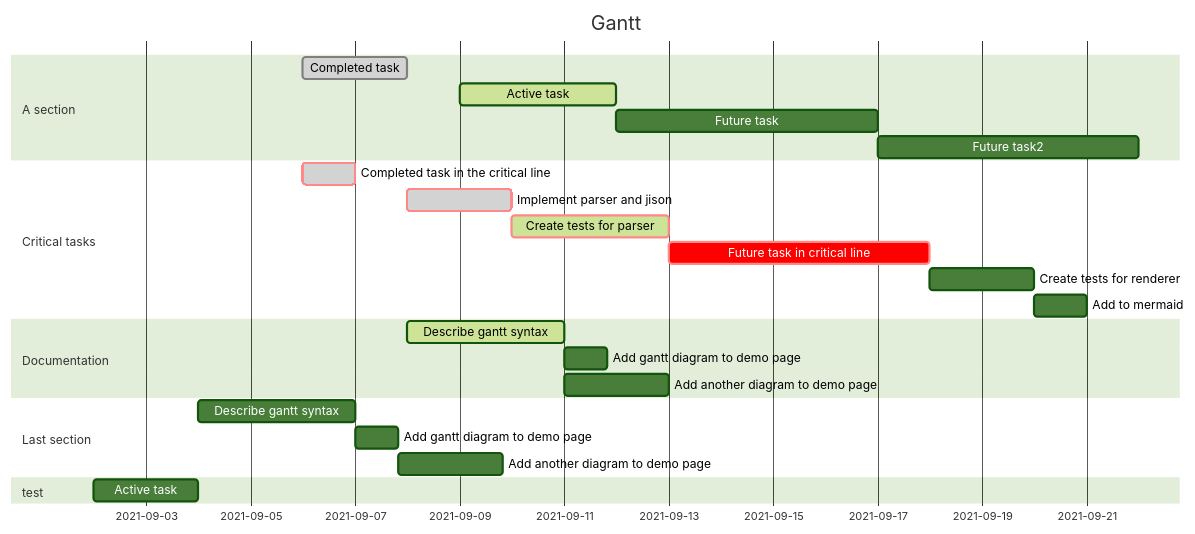
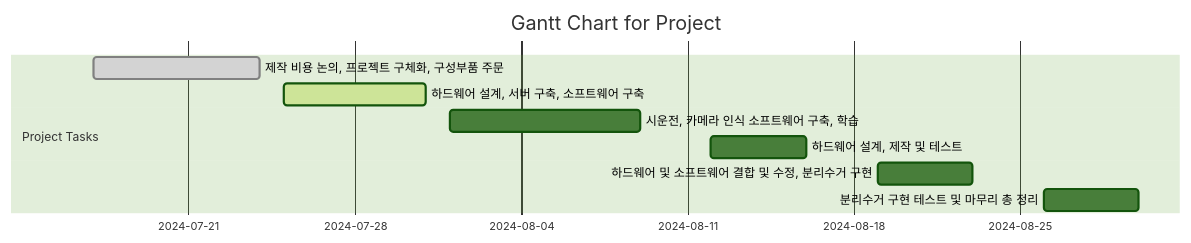
The diagram in 50.Projects/Team Cheetah Side Project.md (KimMinwoo1214/my_obsidian), drawn with Mermaid (forest theme) before and after one commit. The commit also changed other lines of this file and 3 other files, not shown here.

````diff
--- a/50.Projects/Team Cheetah Side Project.md
+++ b/50.Projects/Team Cheetah Side Project.md
@@ -35,33 +37,15 @@
 ```mermaid
 gantt
     dateFormat  YYYY-MM-DD
-	title  Gantt
-	
-    section A section
-    Completed task            :done,    des1, 2021-09-06,2021-09-08
-    Active task               :active,  des2, 2021-09-09, 3d
-    Future task               :         des3, after des2, 5d
-    Future task2              :         des4, after des3, 5d
+    title  Gantt Chart for Project
 
-    section Critical tasks
-    Completed task in the critical line :crit, done, 2021-09-06,24h
-    Implement parser and jison          :crit, done, after des1, 2d
-    Create tests for parser             :crit, active, 3d
-    Future task in critical line        :crit, 5d
-    Create tests for renderer           :2d
-    Add to mermaid                      :1d
+    section Project Tasks
+    제작 비용 논의, 프로젝트 구체화, 구성부품 주문 : done,  des1, 2024-07-17, 2024-07-24
+    하드웨어 설계, 서버 구축, 소프트웨어 구축     : active, des2, 2024-07-25, 2024-07-31
+    시운전, 카메라 인식 소프트웨어 구축, 학습     :         des3, 2024-08-01, 2024-08-09
+    하드웨어 설계, 제작 및 테스트                :         des4, 2024-08-12, 2024-08-16
+    하드웨어 및 소프트웨어 결합 및 수정, 분리수거 구현 : des5, 2024-08-19, 2024-08-23
+    분리수거 구현 테스트 및 마무리 총 정리        :         des6, 2024-08-26, 2024-08-30
 
-    section Documentation
-    Describe gantt syntax               :active, a1, after des1, 3d
-    Add gantt diagram to demo page      :after a1  , 20h
-    Add another diagram to demo page    :doc1, after a1  , 48h
 
-    section Last section
-    Describe gantt syntax               :after doc1, 3d
-    Add gantt diagram to demo page      :20h
-    Add another diagram to demo page    :48h
-	
-	section test
-	Active task 			: doc1, 2021-09-02, 2021-09-04
-	
 ```
````
